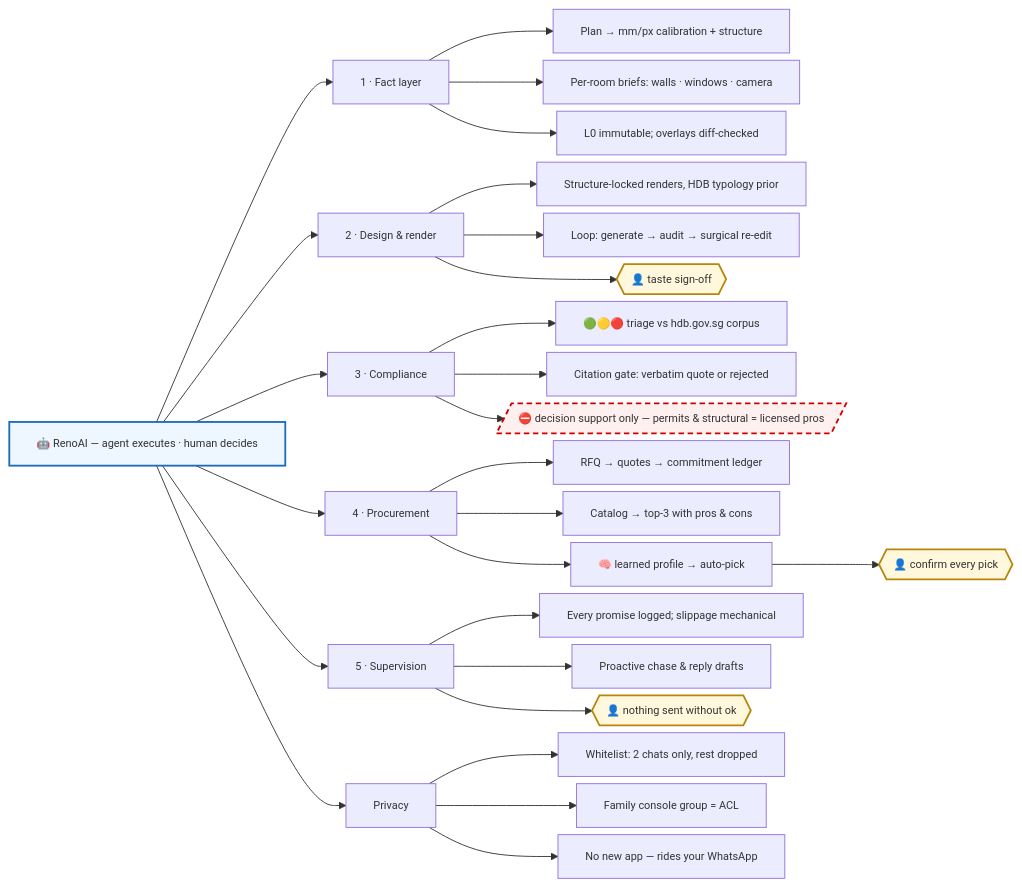
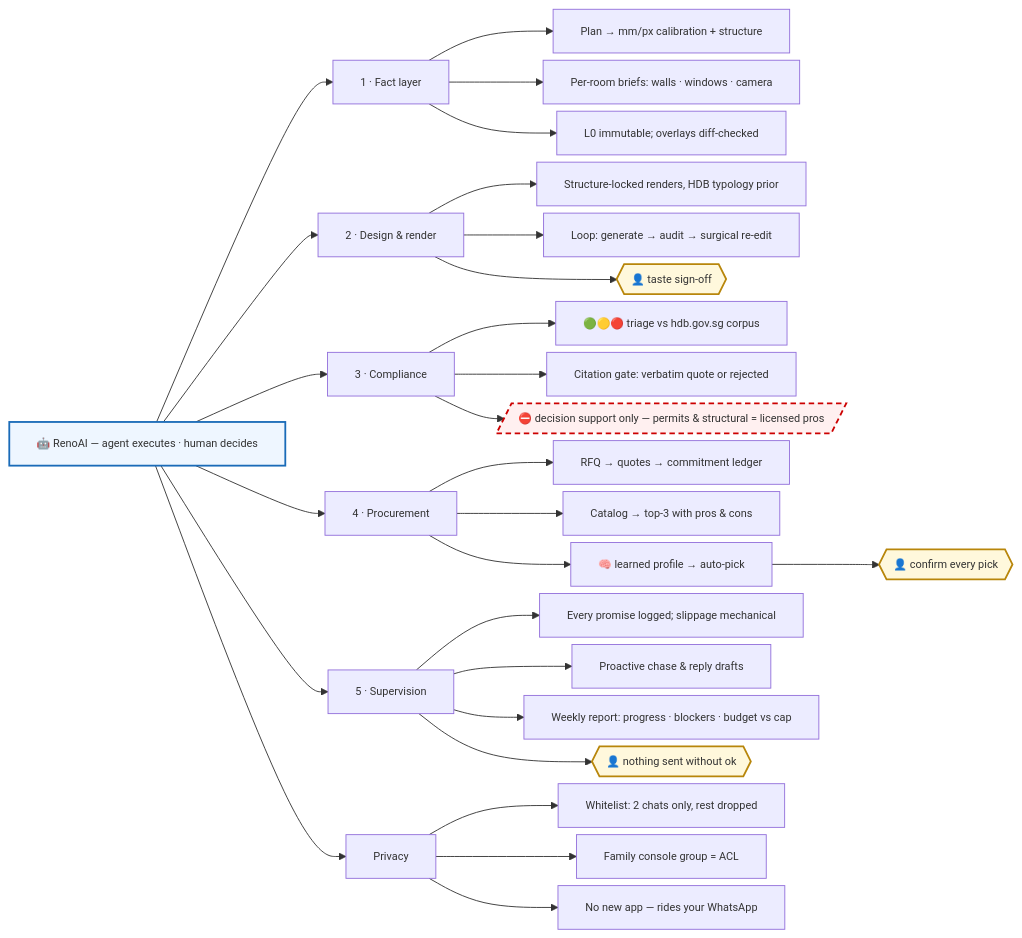
The diagram in README.md (littlejuju/RenoGent), drawn with Mermaid before and after one commit. The commit also changed 5 other files, not shown here.

Commit message:
PM layer: progress/blockers/budget report (on-demand + Monday 9am), redo <room>, bounded best-of-N retry policy; landing: 4 WhatsApp pipeline mockups

````diff
--- a/README.md
+++ b/README.md
@@ -26,43 +26,44 @@
 ```mermaid
 %%{init: {"flowchart": {"nodeSpacing": 8, "rankSpacing": 36, "wrappingWidth": 900, "markdownAutoWrap": false}, "themeVariables": {"fontSize": "12px"}}}%%
 flowchart LR
     RA["🤖 RenoAI — agent executes · human decides"]
 
     RA --> P["1 · Fact layer"]
     P --> P1["Plan → mm/px calibration + structure"]
     P --> P2["Per-room briefs: walls · windows · camera"]
     P --> P3["L0 immutable; overlays diff-checked"]
 
     RA --> D["2 · Design & render"]
     D --> D1["Structure-locked renders, HDB typology prior"]
     D --> D2["Loop: generate → audit → surgical re-edit"]
     D --> HG1{{"👤 taste sign-off"}}
 
     RA --> C["3 · Compliance"]
     C --> C1["🟢🟡🔴 triage vs hdb.gov.sg corpus"]
     C --> C2["Citation gate: verbatim quote or rejected"]
     C --> B1[/"⛔ decision support only — permits & structural = licensed pros"/]
 
     RA --> PR["4 · Procurement"]
     PR --> PR1["RFQ → quotes → commitment ledger"]
     PR --> PR2["Catalog → top-3 with pros & cons"]
     PR --> PR3["🧠 learned profile → auto-pick"]
     PR3 --> HG2{{"👤 confirm every pick"}}
 
     RA --> S["5 · Supervision"]
     S --> S1["Every promise logged; slippage mechanical"]
     S --> S2["Proactive chase & reply drafts"]
+    S --> S3["Weekly report: progress · blockers · budget vs cap"]
     S --> HG3{{"👤 nothing sent without ok"}}
 
     RA --> PV["Privacy"]
     PV --> PV1["Whitelist: 2 chats only, rest dropped"]
     PV --> PV2["Family console group = ACL"]
     PV --> PV3["No new app — rides your WhatsApp"]
 
     classDef boundary fill:#fff0f0,stroke:#cc0000,stroke-width:2px,stroke-dasharray:6 4
     classDef human fill:#fff8dc,stroke:#b8860b,stroke-width:2px
     classDef root fill:#eef6ff,stroke:#1a6bb8,stroke-width:2px
     class B1 boundary
     class HG1,HG2,HG3 human
     class RA root
 ```
````
